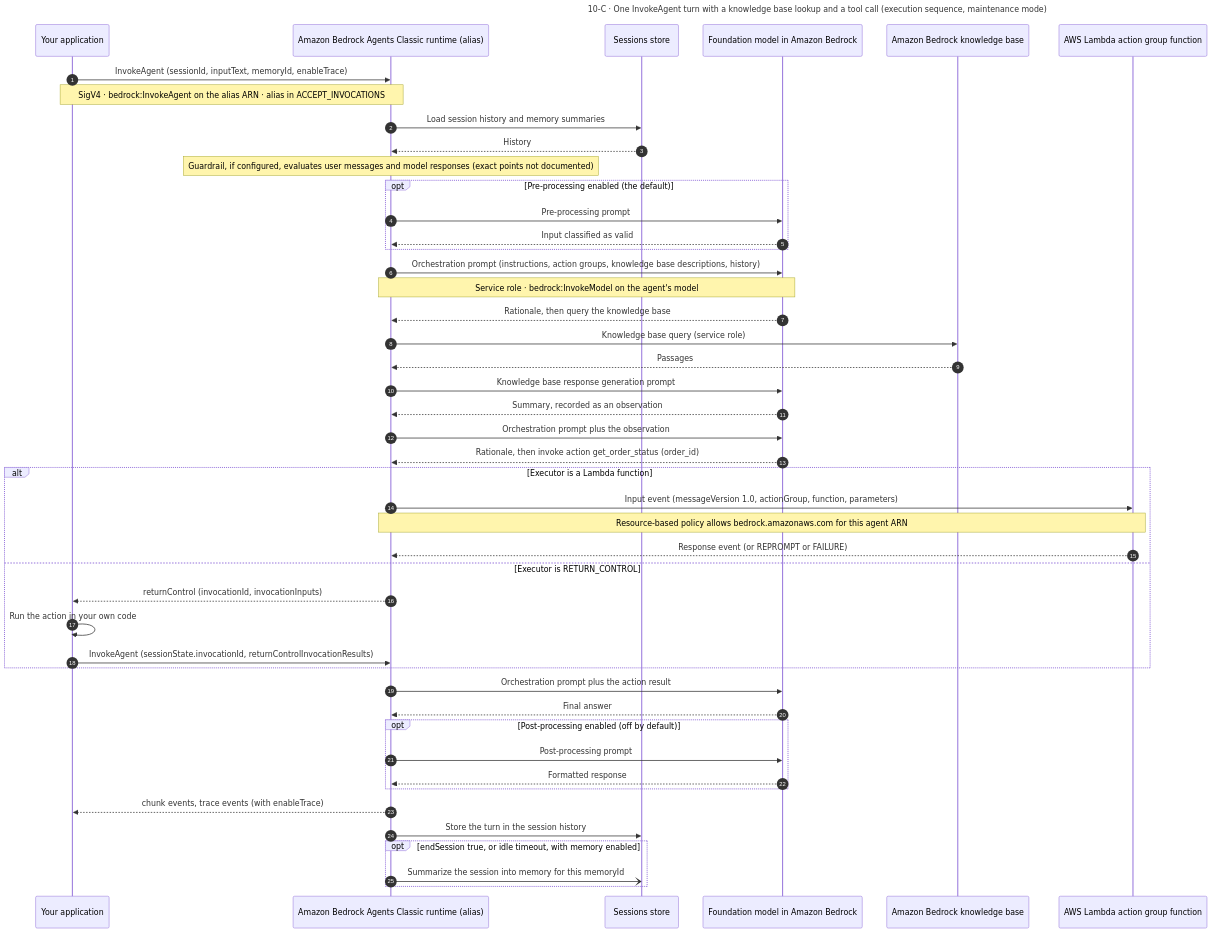
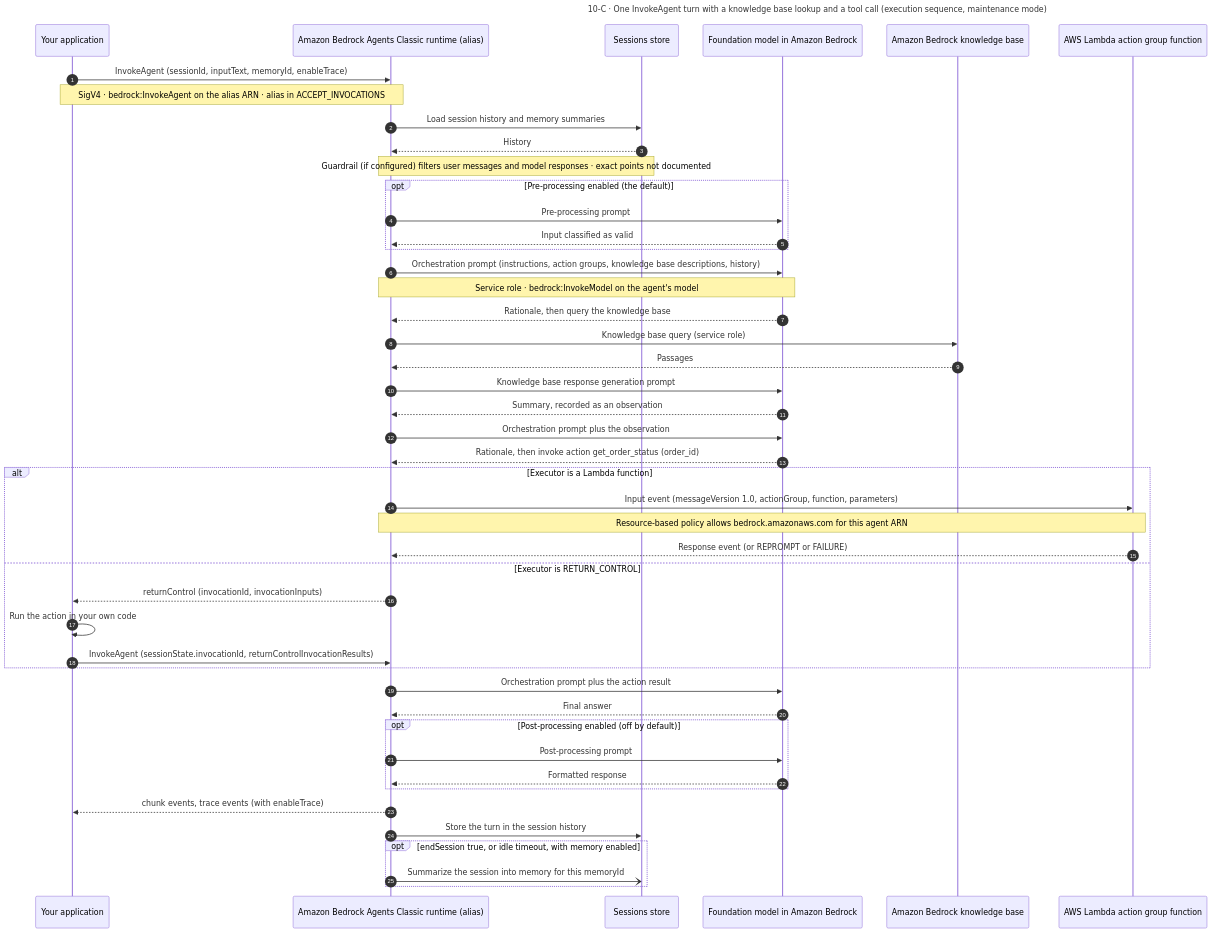
Before and after one commit to sunilgogineni/terraform-aws-lambda-function: the third of 3 diagrams in aws-bedrock-architecture-academy/diagrams/mermaid/10-bedrock-agents-classic.md, drawn with Mermaid. The commit also changed 18 other files, not shown here.

````diff
--- a/aws-bedrock-architecture-academy/diagrams/mermaid/10-bedrock-agents-classic.md
+++ b/aws-bedrock-architecture-academy/diagrams/mermaid/10-bedrock-agents-classic.md
@@ -218,51 +218,51 @@
 ```mermaid
 ---
 title: 10-C · One InvokeAgent turn with a knowledge base lookup and a tool call (execution sequence, maintenance mode)
 ---
 sequenceDiagram
     autonumber
     participant App as Your application
     participant AR as Amazon Bedrock Agents Classic runtime (alias)
     participant SS as Sessions store
     participant FM as Foundation model in Amazon Bedrock
     participant KB as Amazon Bedrock knowledge base
     participant L as AWS Lambda action group function
     App->>AR: InvokeAgent (sessionId, inputText, memoryId, enableTrace)
     Note over App,AR: SigV4 · bedrock:InvokeAgent on the alias ARN · alias in ACCEPT_INVOCATIONS
     AR->>SS: Load session history and memory summaries
     SS-->>AR: History
-    Note over AR: Guardrail, if configured, evaluates user messages and model responses (exact points not documented)
+    Note over AR,SS: Guardrail (if configured) filters user messages and model responses · exact points not documented
     opt Pre-processing enabled (the default)
         AR->>FM: Pre-processing prompt
         FM-->>AR: Input classified as valid
     end
     AR->>FM: Orchestration prompt (instructions, action groups, knowledge base descriptions, history)
     Note over AR,FM: Service role · bedrock:InvokeModel on the agent's model
     FM-->>AR: Rationale, then query the knowledge base
     AR->>KB: Knowledge base query (service role)
     KB-->>AR: Passages
     AR->>FM: Knowledge base response generation prompt
     FM-->>AR: Summary, recorded as an observation
     AR->>FM: Orchestration prompt plus the observation
     FM-->>AR: Rationale, then invoke action get_order_status (order_id)
     alt Executor is a Lambda function
         AR->>L: Input event (messageVersion 1.0, actionGroup, function, parameters)
         Note over AR,L: Resource-based policy allows bedrock.amazonaws.com for this agent ARN
         L-->>AR: Response event (or REPROMPT or FAILURE)
     else Executor is RETURN_CONTROL
         AR-->>App: returnControl (invocationId, invocationInputs)
         App->>App: Run the action in your own code
         App->>AR: InvokeAgent (sessionState.invocationId, returnControlInvocationResults)
     end
     AR->>FM: Orchestration prompt plus the action result
     FM-->>AR: Final answer
     opt Post-processing enabled (off by default)
         AR->>FM: Post-processing prompt
         FM-->>AR: Formatted response
     end
     AR-->>App: chunk events, trace events (with enableTrace)
     AR->>SS: Store the turn in the session history
     opt endSession true, or idle timeout, with memory enabled
         AR-)SS: Summarize the session into memory for this memoryId
     end
 ```
````
